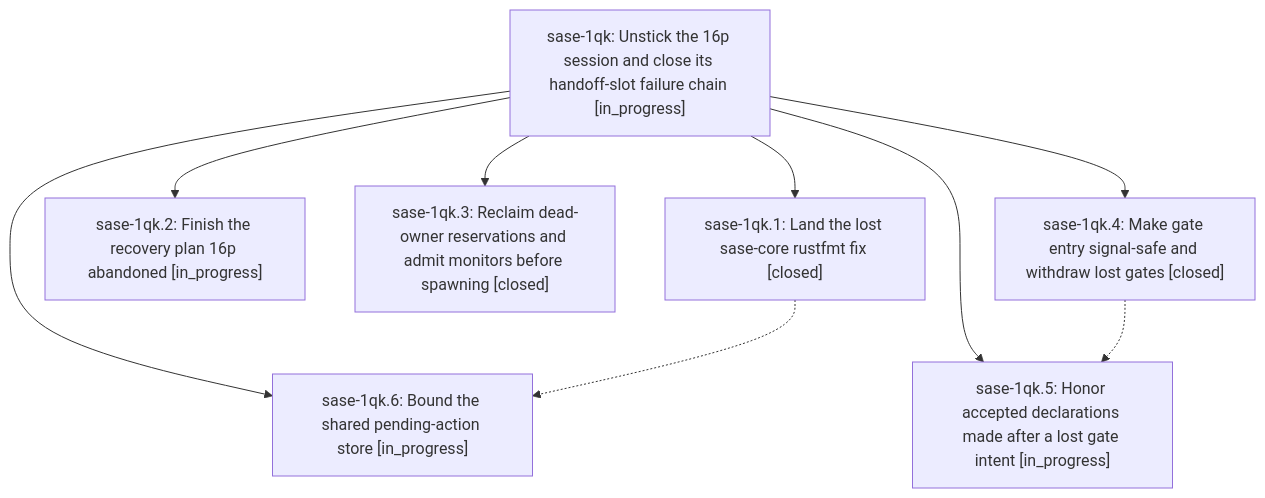
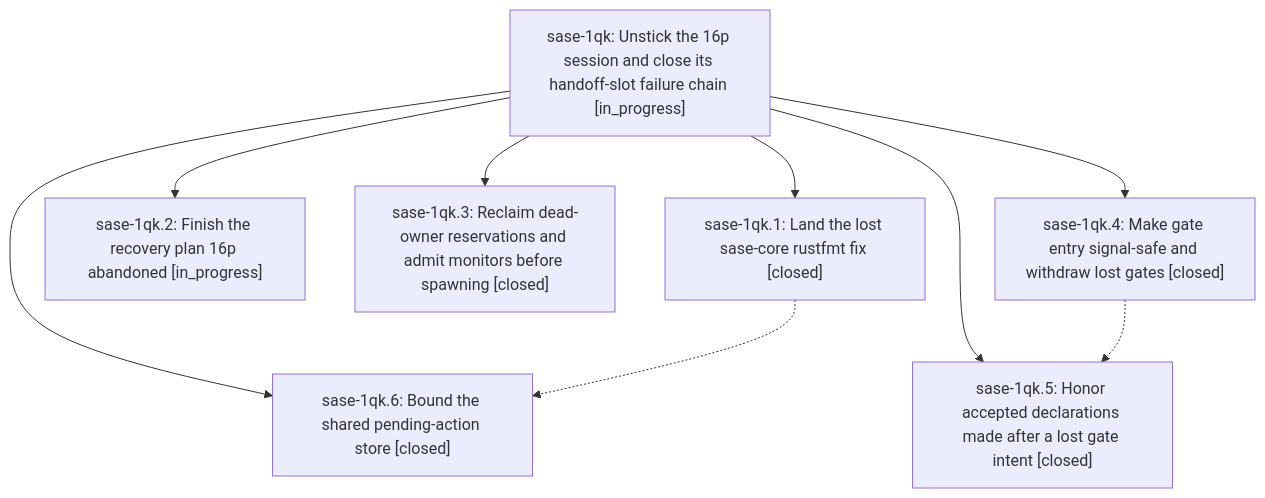
One commit to sase-org/sase--beads changed the diagram in pages/sase-1qk/README.md. Above: the diagram before and after it, drawn with Mermaid. The commit also changed other lines of this file and 5 other files, not shown here.

````diff
--- a/pages/sase-1qk/README.md
+++ b/pages/sase-1qk/README.md
@@ -39,18 +39,18 @@
 ```mermaid
 flowchart TD
     n0["sase-1qk: Unstick the 16p session and close its handoff-slot failure chain [in_progress]"]
     n1["sase-1qk.1: Land the lost sase-core rustfmt fix [closed]"]
     n2["sase-1qk.2: Finish the recovery plan 16p abandoned [in_progress]"]
     n3["sase-1qk.3: Reclaim dead-owner reservations and admit monitors before spawning [closed]"]
     n4["sase-1qk.4: Make gate entry signal-safe and withdraw lost gates [closed]"]
-    n5["sase-1qk.5: Honor accepted declarations made after a lost gate intent [in_progress]"]
-    n6["sase-1qk.6: Bound the shared pending-action store [in_progress]"]
+    n5["sase-1qk.5: Honor accepted declarations made after a lost gate intent [closed]"]
+    n6["sase-1qk.6: Bound the shared pending-action store [closed]"]
     n0 --> n1
     n0 --> n2
     n0 --> n3
     n0 --> n4
     n0 --> n5
     n0 --> n6
     n1 -.-> n6
     n4 -.-> n5
 ```
````
